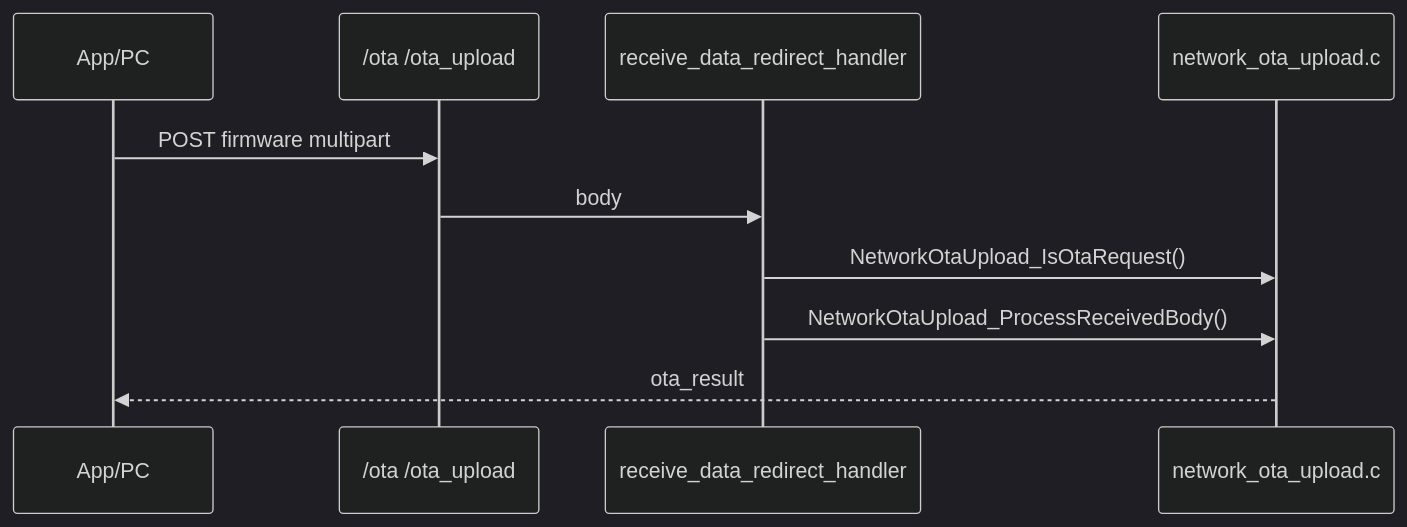
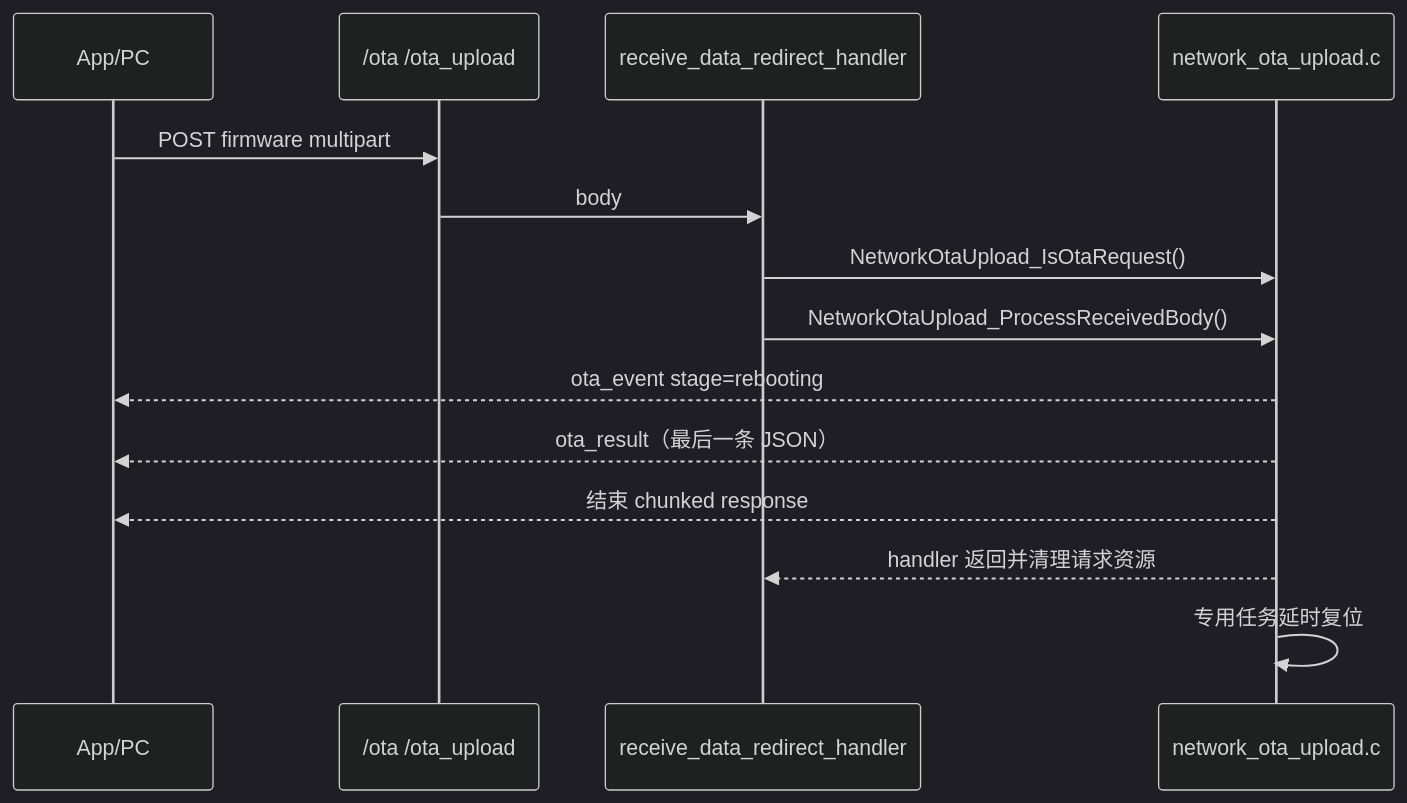
The third of 16 diagrams in README_Protocol.md (tdxguiping/ESP32_S3_epaper), drawn with Mermaid (dark theme) before and after one commit. The commit also changed other lines of this file and 356 other files, not shown here.

````diff
--- a/README_Protocol.md
+++ b/README_Protocol.md
@@ -252,12 +253,16 @@
 ```mermaid
 sequenceDiagram
     participant APP as App/PC
     participant HTTP as /ota /ota_upload
     participant REDIR as receive_data_redirect_handler
     participant OTA as network_ota_upload.c
     APP->>HTTP: POST firmware multipart
     HTTP->>REDIR: body
     REDIR->>OTA: NetworkOtaUpload_IsOtaRequest()
     REDIR->>OTA: NetworkOtaUpload_ProcessReceivedBody()
-    OTA-->>APP: ota_result
+    OTA-->>APP: ota_event stage=rebooting
+    OTA-->>APP: ota_result（最后一条 JSON）
+    OTA-->>APP: 结束 chunked response
+    OTA-->>REDIR: handler 返回并清理请求资源
+    OTA->>OTA: 专用任务延时复位
 ```
````
